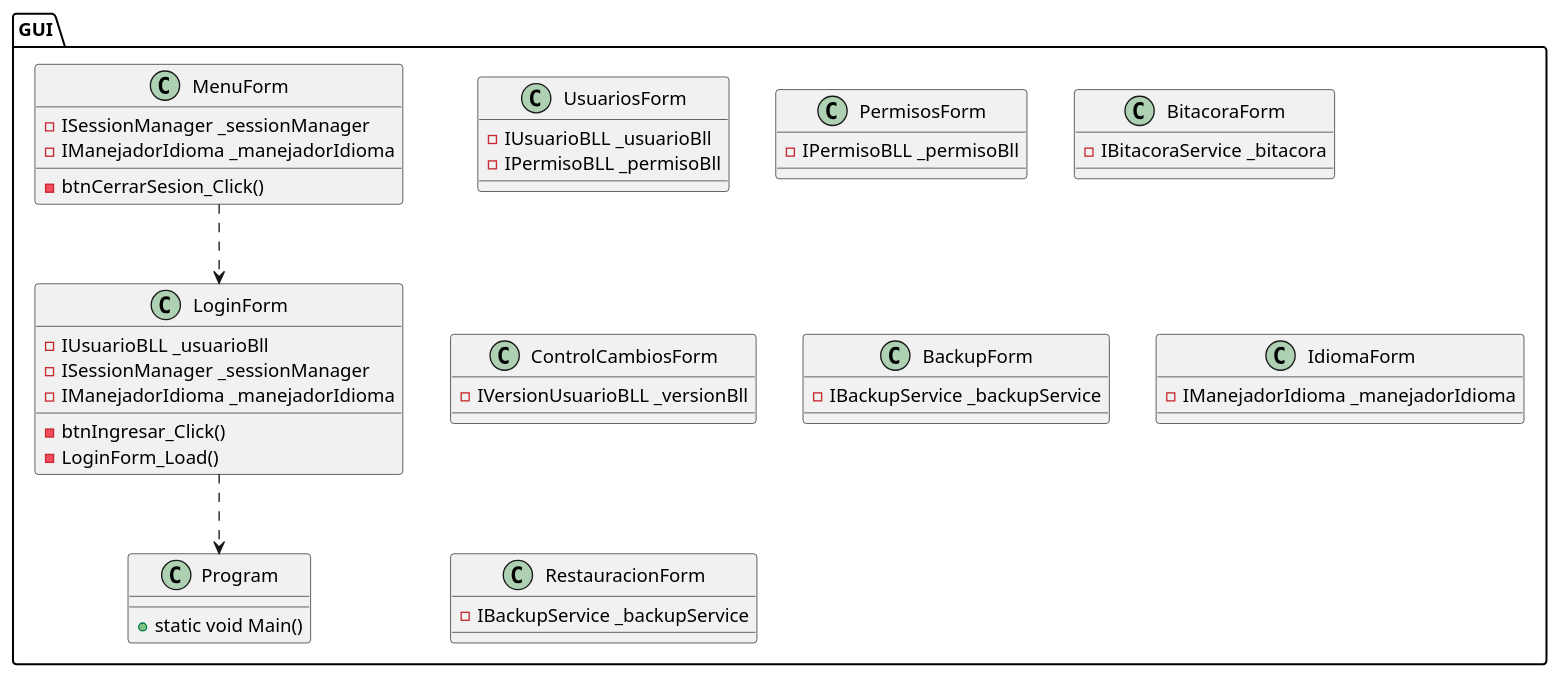
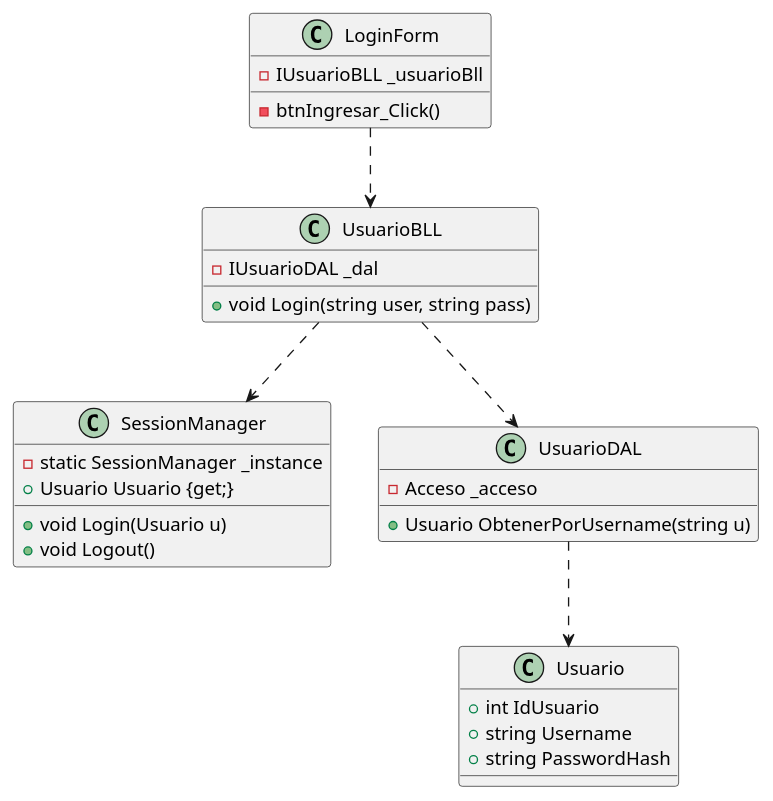
Before and after one commit to LautiSmyth/Stach: the fifth of 25 diagrams in Documentacion/diagrams_code.md, drawn with PlantUML. The commit also changed other lines of this file, not shown here.

Commit message:
Docs: Restructurar codigos de diagramas organizados por Entrega 1 y Entrega 2 de Excel

````diff
--- a/Documentacion/diagrams_code.md
+++ b/Documentacion/diagrams_code.md
@@ -108,45 +116,31 @@
 ```plantuml
 @startuml
-package GUI {
-    class Program {
-        +static void Main()
-    }
-    class LoginForm {
-        -IUsuarioBLL _usuarioBll
-        -ISessionManager _sessionManager
-        -IManejadorIdioma _manejadorIdioma
-        -btnIngresar_Click()
-        -LoginForm_Load()
-    }
-    class MenuForm {
-        -ISessionManager _sessionManager
-        -IManejadorIdioma _manejadorIdioma
-        -btnCerrarSesion_Click()
-    }
-    class UsuariosForm {
-        -IUsuarioBLL _usuarioBll
-        -IPermisoBLL _permisoBll
-    }
-    class PermisosForm {
-        -IPermisoBLL _permisoBll
-    }
-    class BitacoraForm {
-        -IBitacoraService _bitacora
-    }
-    class ControlCambiosForm {
-        -IVersionUsuarioBLL _versionBll
-    }
-    class BackupForm {
-        -IBackupService _backupService
-    }
-    class IdiomaForm {
-        -IManejadorIdioma _manejadorIdioma
-    }
-    class RestauracionForm {
-        -IBackupService _backupService
-    }
+class LoginForm {
+    -IUsuarioBLL _usuarioBll
+    -btnIngresar_Click()
 }
-LoginForm ..> Program
-MenuForm ..> LoginForm
+class SessionManager {
+    -static SessionManager _instance
+    +Usuario Usuario {get;}
+    +void Login(Usuario u)
+    +void Logout()
+}
+class UsuarioBLL {
+    -IUsuarioDAL _dal
+    +void Login(string user, string pass)
+}
+class UsuarioDAL {
+    -Acceso _acceso
+    +Usuario ObtenerPorUsername(string u)
+}
+class Usuario {
+    +int IdUsuario
+    +string Username
+    +string PasswordHash
+}
+LoginForm ..> UsuarioBLL
+UsuarioBLL ..> SessionManager
+UsuarioBLL ..> UsuarioDAL
+UsuarioDAL ..> Usuario
 @enduml
 ```
````
